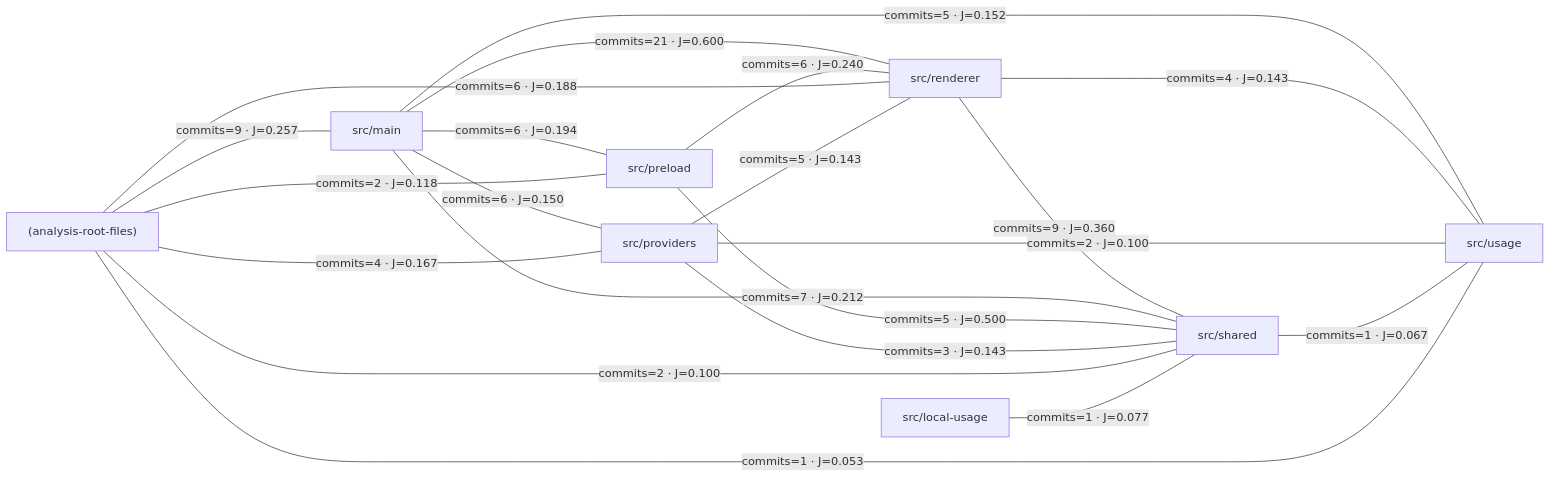
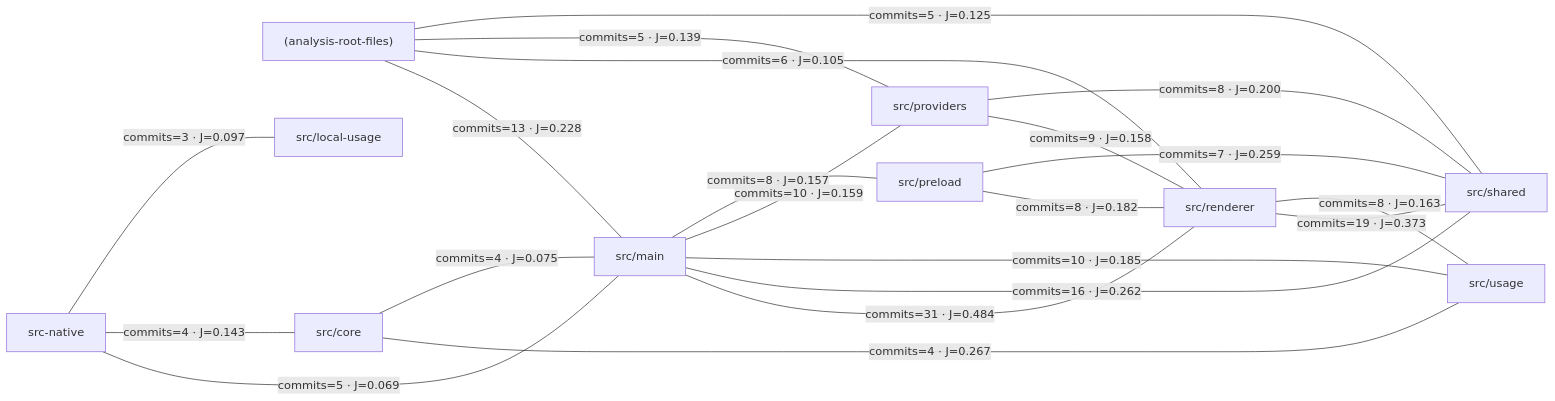
The second of 2 diagrams in docs/architecture-evidence.md (Innnteraction/llm-usage-monitor), drawn with Mermaid before and after one commit. The commit also changed other lines of this file and 1 other file, not shown here.

First line of the commit message:
docs(architecture): 이중 런타임 경계와 검증 공백 재평가

````diff
--- a/docs/architecture-evidence.md
+++ b/docs/architecture-evidence.md
@@ -189,31 +219,33 @@
 ```mermaid
 flowchart LR
   c0["(analysis-root-files)"]
-  c1["src/local-usage"]
-  c2["src/main"]
-  c3["src/preload"]
-  c4["src/providers"]
-  c5["src/renderer"]
-  c6["src/shared"]
-  c7["src/usage"]
-  c2 ---|"commits=21 · J=0.600"| c5
-  c5 ---|"commits=9 · J=0.360"| c6
-  c0 ---|"commits=9 · J=0.257"| c2
-  c2 ---|"commits=7 · J=0.212"| c6
-  c3 ---|"commits=6 · J=0.240"| c5
-  c2 ---|"commits=6 · J=0.194"| c3
-  c0 ---|"commits=6 · J=0.188"| c5
-  c2 ---|"commits=6 · J=0.150"| c4
-  c3 ---|"commits=5 · J=0.500"| c6
-  c2 ---|"commits=5 · J=0.152"| c7
-  c4 ---|"commits=5 · J=0.143"| c5
-  c0 ---|"commits=4 · J=0.167"| c4
-  c5 ---|"commits=4 · J=0.143"| c7
-  c4 ---|"commits=3 · J=0.143"| c6
-  c0 ---|"commits=2 · J=0.118"| c3
-  c0 ---|"commits=2 · J=0.100"| c6
-  c4 ---|"commits=2 · J=0.100"| c7
-  c1 ---|"commits=1 · J=0.077"| c6
-  c6 ---|"commits=1 · J=0.067"| c7
-  c0 ---|"commits=1 · J=0.053"| c7
+  c1["src-native"]
+  c2["src/core"]
+  c3["src/local-usage"]
+  c4["src/main"]
+  c5["src/preload"]
+  c6["src/providers"]
+  c7["src/renderer"]
+  c8["src/shared"]
+  c9["src/usage"]
+  c4 ---|"commits=31 · J=0.484"| c7
+  c7 ---|"commits=19 · J=0.373"| c8
+  c4 ---|"commits=16 · J=0.262"| c8
+  c0 ---|"commits=13 · J=0.228"| c4
+  c4 ---|"commits=10 · J=0.185"| c9
+  c4 ---|"commits=10 · J=0.159"| c6
+  c6 ---|"commits=9 · J=0.158"| c7
+  c6 ---|"commits=8 · J=0.200"| c8
+  c5 ---|"commits=8 · J=0.182"| c7
+  c7 ---|"commits=8 · J=0.163"| c9
+  c4 ---|"commits=8 · J=0.157"| c5
+  c5 ---|"commits=7 · J=0.259"| c8
+  c0 ---|"commits=6 · J=0.105"| c7
+  c0 ---|"commits=5 · J=0.139"| c6
+  c0 ---|"commits=5 · J=0.125"| c8
+  c1 ---|"commits=5 · J=0.069"| c4
+  c2 ---|"commits=4 · J=0.267"| c9
+  c1 ---|"commits=4 · J=0.143"| c2
+  c2 ---|"commits=4 · J=0.075"| c4
+  c1 ---|"commits=3 · J=0.097"| c3
 ```
````
